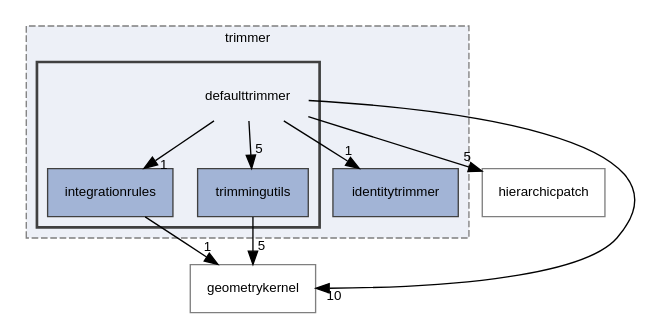
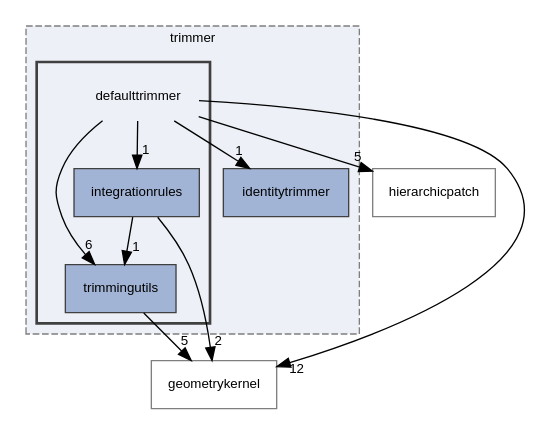
Before and after one commit to rath3t/dune-iga-doc: the diagram in dir_265321845ed2650d675b22a94b62262d_dep.dot, drawn with Graphviz. The commit also changed 66 other files, not shown here.

```diff
--- a/dir_265321845ed2650d675b22a94b62262d_dep.dot
+++ b/dir_265321845ed2650d675b22a94b62262d_dep.dot
@@ -1,26 +1,27 @@
 digraph "defaulttrimmer"
 {
  // LATEX_PDF_SIZE
   edge [fontname="Helvetica",fontsize="10",labelfontname="Helvetica",labelfontsize="10"];
   node [fontname="Helvetica",fontsize="10",shape=record];
   compound=true
   subgraph clusterdir_7d0c370ab440c4b4f78419bfc8c93eb8 {
     graph [ bgcolor="#edf0f7", pencolor="grey50", style="filled,dashed,", label="trimmer", fontname="Helvetica", fontsize="10", URL="dir_7d0c370ab440c4b4f78419bfc8c93eb8.html"]
   dir_aa3557bd66a6784b3b9e663253e8d0ba [shape=box, label="identitytrimmer", style="filled,", fillcolor="#a2b4d6", color="grey25", URL="dir_aa3557bd66a6784b3b9e663253e8d0ba.html"];
   subgraph clusterdir_265321845ed2650d675b22a94b62262d {
     graph [ bgcolor="#edf0f7", pencolor="grey25", style="filled,bold,", label="", fontname="Helvetica", fontsize="10", URL="dir_265321845ed2650d675b22a94b62262d.html"]
     dir_265321845ed2650d675b22a94b62262d [shape=plaintext, label="defaulttrimmer"];
   dir_7ed5cc8732fbacc6a192622dcae82fb8 [shape=box, label="integrationrules", style="filled,", fillcolor="#a2b4d6", color="grey25", URL="dir_7ed5cc8732fbacc6a192622dcae82fb8.html"];
   dir_75403dd546d989c4e56d84af3932dae7 [shape=box, label="trimmingutils", style="filled,", fillcolor="#a2b4d6", color="grey25", URL="dir_75403dd546d989c4e56d84af3932dae7.html"];
   }
   }
   dir_12fc9e68aad46ae2d80ba50ef1c96d76 [shape=box, label="hierarchicpatch", style="", fillcolor="#edf0f7", color="grey50", URL="dir_12fc9e68aad46ae2d80ba50ef1c96d76.html"];
   dir_98571e7345f7327fea7723ec1a12d870 [shape=box, label="geometrykernel", style="", fillcolor="#edf0f7", color="grey50", URL="dir_98571e7345f7327fea7723ec1a12d870.html"];
   dir_265321845ed2650d675b22a94b62262d->dir_12fc9e68aad46ae2d80ba50ef1c96d76 [headlabel="5", labeldistance=1.5 headhref="dir_000001_000007.html"];
-  dir_265321845ed2650d675b22a94b62262d->dir_75403dd546d989c4e56d84af3932dae7 [headlabel="5", labeldistance=1.5 headhref="dir_000001_000022.html"];
+  dir_265321845ed2650d675b22a94b62262d->dir_75403dd546d989c4e56d84af3932dae7 [headlabel="6", labeldistance=1.5 headhref="dir_000001_000022.html"];
   dir_265321845ed2650d675b22a94b62262d->dir_7ed5cc8732fbacc6a192622dcae82fb8 [headlabel="1", labeldistance=1.5 headhref="dir_000001_000013.html"];
-  dir_265321845ed2650d675b22a94b62262d->dir_98571e7345f7327fea7723ec1a12d870 [headlabel="10", labeldistance=1.5 headhref="dir_000001_000006.html"];
+  dir_265321845ed2650d675b22a94b62262d->dir_98571e7345f7327fea7723ec1a12d870 [headlabel="12", labeldistance=1.5 headhref="dir_000001_000006.html"];
   dir_265321845ed2650d675b22a94b62262d->dir_aa3557bd66a6784b3b9e663253e8d0ba [headlabel="1", labeldistance=1.5 headhref="dir_000001_000009.html"];
-  dir_7ed5cc8732fbacc6a192622dcae82fb8->dir_98571e7345f7327fea7723ec1a12d870 [headlabel="1", labeldistance=1.5 headhref="dir_000013_000006.html"];
+  dir_7ed5cc8732fbacc6a192622dcae82fb8->dir_75403dd546d989c4e56d84af3932dae7 [headlabel="1", labeldistance=1.5 headhref="dir_000013_000022.html"];
+  dir_7ed5cc8732fbacc6a192622dcae82fb8->dir_98571e7345f7327fea7723ec1a12d870 [headlabel="2", labeldistance=1.5 headhref="dir_000013_000006.html"];
   dir_75403dd546d989c4e56d84af3932dae7->dir_98571e7345f7327fea7723ec1a12d870 [headlabel="5", labeldistance=1.5 headhref="dir_000022_000006.html"];
 }
```
